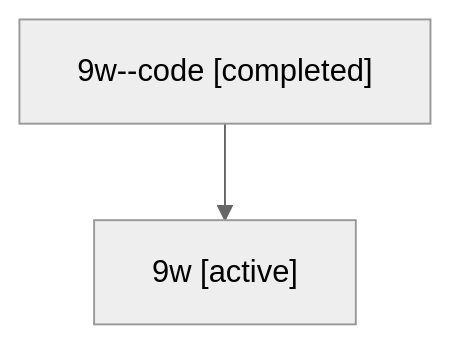
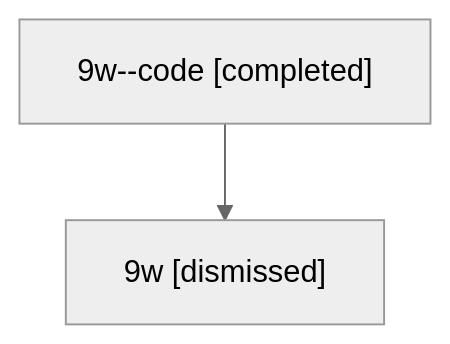
Before and after one commit to sase-org/sase--agents: the diagram in sessions/bbugyi200.athena.9w.md, drawn with Mermaid (neutral theme). The commit also changed other lines of this file and 22 other files, not shown here.

````diff
--- a/sessions/bbugyi200.athena.9w.md
+++ b/sessions/bbugyi200.athena.9w.md
@@ -9,6 +9,6 @@
 ```mermaid
 flowchart TD
   n0["9w--code [completed]"]
-  n1["9w [active]"]
+  n1["9w [dismissed]"]
   n0 --> n1
 ```
````
